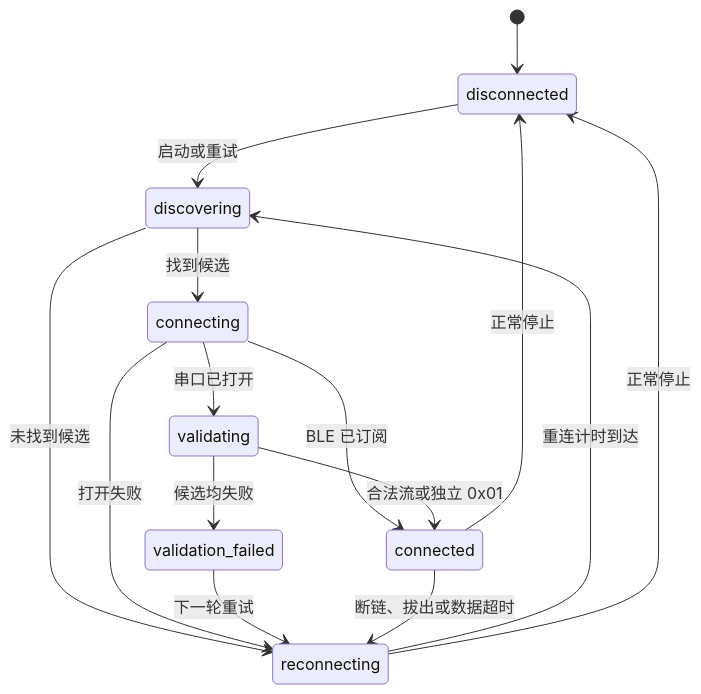
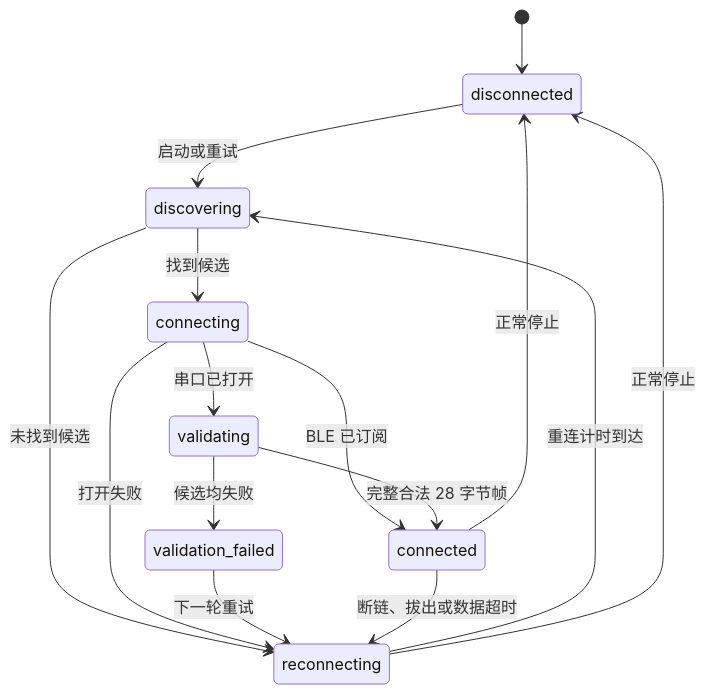
One commit to Entertech/NeuroBridge changed the sixth of 11 diagrams in doc/tech/NeuroBridge项目结构与多系统接入/NeuroBridge项目结构与多系统接入_技术方案.md. Above: the diagram before and after it, drawn with Mermaid. The commit also changed other lines of this file and 34 other files, not shown here.

````diff
--- a/doc/tech/NeuroBridge项目结构与多系统接入/NeuroBridge项目结构与多系统接入_技术方案.md
+++ b/doc/tech/NeuroBridge项目结构与多系统接入/NeuroBridge项目结构与多系统接入_技术方案.md
@@ -496,17 +494,17 @@
 ```mermaid
 stateDiagram-v2
     [*] --> disconnected
     disconnected --> discovering: 启动或重试
     discovering --> connecting: 找到候选
     discovering --> reconnecting: 未找到候选
     connecting --> connected: BLE 已订阅
     connecting --> validating: 串口已打开
     connecting --> reconnecting: 打开失败
-    validating --> connected: 合法流或独立 0x01
+    validating --> connected: 完整合法 28 字节帧
     validating --> validation_failed: 候选均失败
     validation_failed --> reconnecting: 下一轮重试
     connected --> reconnecting: 断链、拔出或数据超时
     reconnecting --> discovering: 重连计时到达
     connected --> disconnected: 正常停止
     reconnecting --> disconnected: 正常停止
 ```
````
